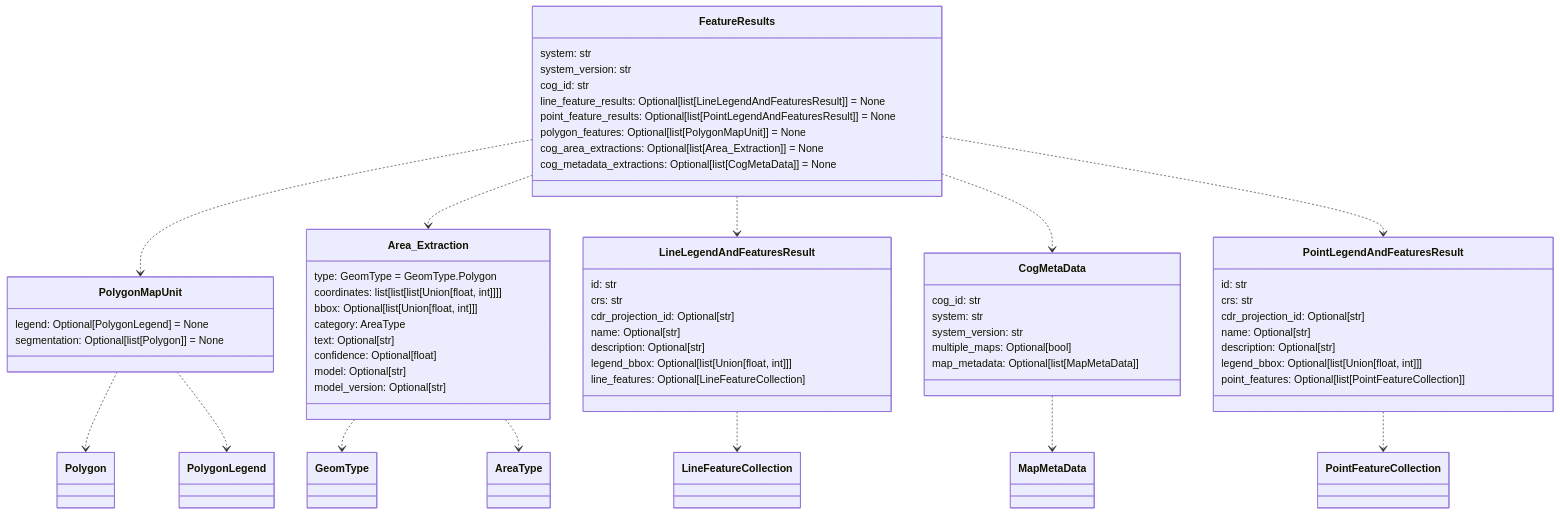
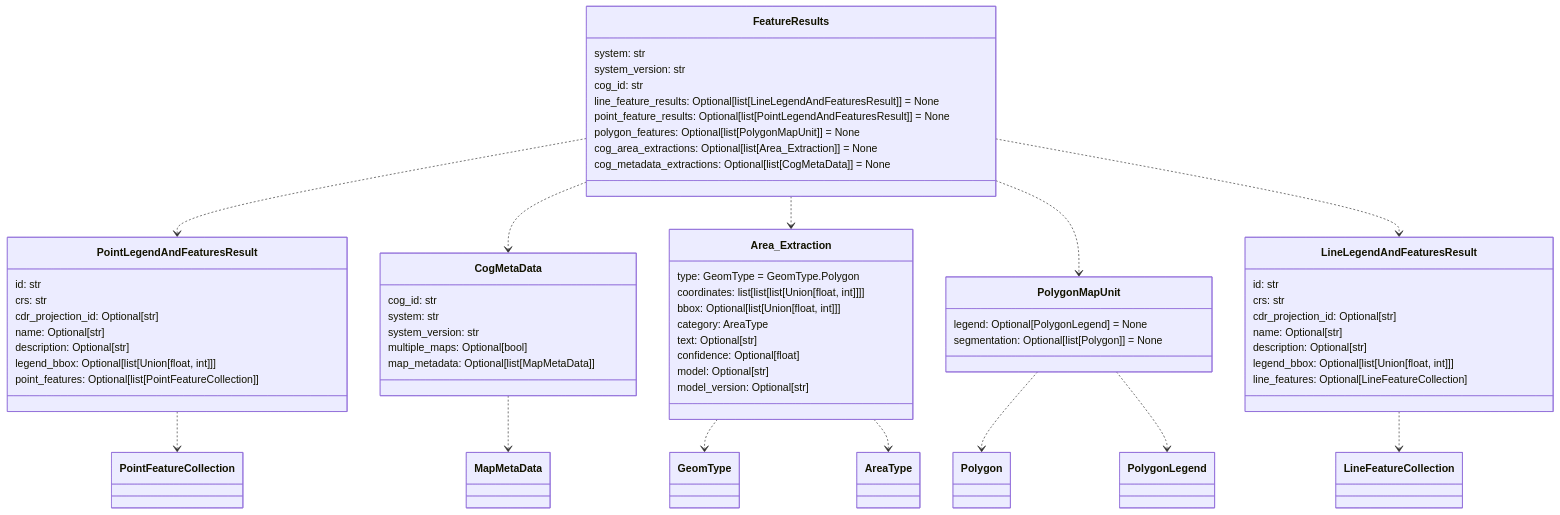
Before and after one commit to DARPA-CRITICALMAAS/cdr_schemas: the fourth of 12 diagrams in README.md, drawn with Mermaid. The commit also changed other lines of this file and 2 other files, not shown here.

````diff
--- a/README.md
+++ b/README.md
@@ -251,73 +251,73 @@
 ```mermaid
 classDiagram
 
-    class PolygonMapUnit {
-        legend: Optional[PolygonLegend] = None
-        segmentation: Optional[list[Polygon]] = None
+    class PointLegendAndFeaturesResult {
+        id: str
+        crs: str
+        cdr_projection_id: Optional[str]
+        name: Optional[str]
+        description: Optional[str]
+        legend_bbox: Optional[list[Union[float, int]]]
+        point_features: Optional[list[PointFeatureCollection]]
+    }
+
+    class CogMetaData {
+        cog_id: str
+        system: str
+        system_version: str
+        multiple_maps: Optional[bool]
+        map_metadata: Optional[list[MapMetaData]]
     }
 
     class Area_Extraction {
         type: GeomType = GeomType.Polygon
         coordinates: list[list[list[Union[float, int]]]]
         bbox: Optional[list[Union[float, int]]]
         category: AreaType
         text: Optional[str]
         confidence: Optional[float]
         model: Optional[str]
         model_version: Optional[str]
     }
 
     class FeatureResults {
         system: str
         system_version: str
         cog_id: str
         line_feature_results: Optional[list[LineLegendAndFeaturesResult]] = None
         point_feature_results: Optional[list[PointLegendAndFeaturesResult]] = None
         polygon_features: Optional[list[PolygonMapUnit]] = None
         cog_area_extractions: Optional[list[Area_Extraction]] = None
         cog_metadata_extractions: Optional[list[CogMetaData]] = None
     }
 
     class LineLegendAndFeaturesResult {
         id: str
         crs: str
         cdr_projection_id: Optional[str]
         name: Optional[str]
         description: Optional[str]
         legend_bbox: Optional[list[Union[float, int]]]
         line_features: Optional[LineFeatureCollection]
     }
 
-    class CogMetaData {
-        cog_id: str
-        system: str
-        system_version: str
-        multiple_maps: Optional[bool]
-        map_metadata: Optional[list[MapMetaData]]
-    }
-
-    class PointLegendAndFeaturesResult {
-        id: str
-        crs: str
-        cdr_projection_id: Optional[str]
-        name: Optional[str]
-        description: Optional[str]
-        legend_bbox: Optional[list[Union[float, int]]]
-        point_features: Optional[list[PointFeatureCollection]]
+    class PolygonMapUnit {
+        legend: Optional[PolygonLegend] = None
+        segmentation: Optional[list[Polygon]] = None
     }
 
     Area_Extraction ..> GeomType
     Area_Extraction ..> AreaType
     LineLegendAndFeaturesResult ..> LineFeatureCollection
     PointLegendAndFeaturesResult ..> PointFeatureCollection
     PolygonMapUnit ..> Polygon
     PolygonMapUnit ..> PolygonLegend
     CogMetaData ..> MapMetaData
+    FeatureResults ..> PointLegendAndFeaturesResult
+    FeatureResults ..> CogMetaData
+    FeatureResults ..> Area_Extraction
     FeatureResults ..> PolygonMapUnit
-    FeatureResults ..> Area_Extraction
     FeatureResults ..> LineLegendAndFeaturesResult
-    FeatureResults ..> CogMetaData
-    FeatureResults ..> PointLegendAndFeaturesResult
 
 
 ```
````
